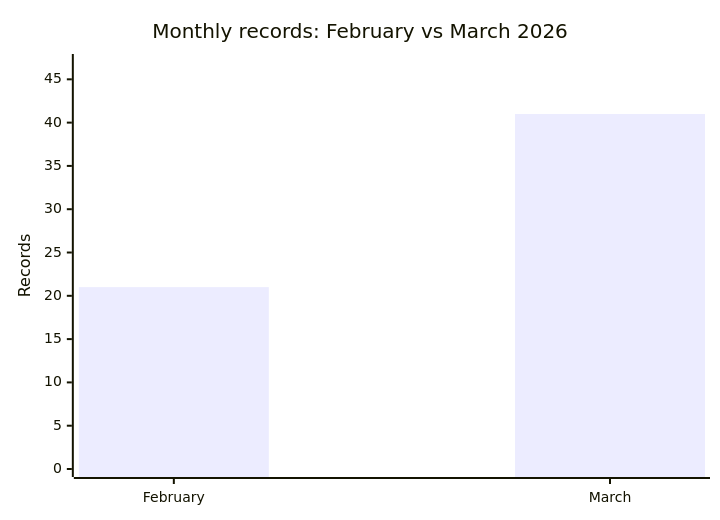
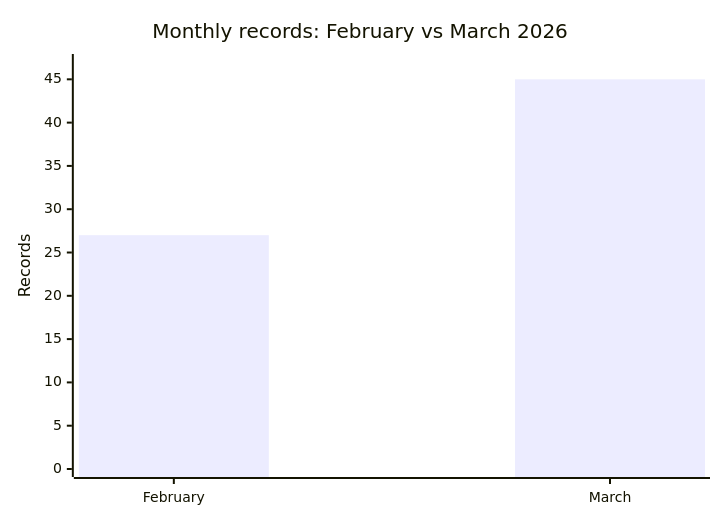
One commit to Hatchepsoute/AFRINTEL changed the diagram in comparison/2026/02-february-march/README.md. Above: the diagram before and after it, drawn with Mermaid. The commit also changed other lines of this file and 98 other files, not shown here.

````diff
--- a/comparison/2026/02-february-march/README.md
+++ b/comparison/2026/02-february-march/README.md
@@ -14,7 +14,7 @@
 ```mermaid
 xychart-beta
     title "Monthly records: February vs March 2026"
     x-axis [February, March]
     y-axis "Records" 0 --> 47
-    bar [21, 41]
+    bar [27, 45]
 ```
````
